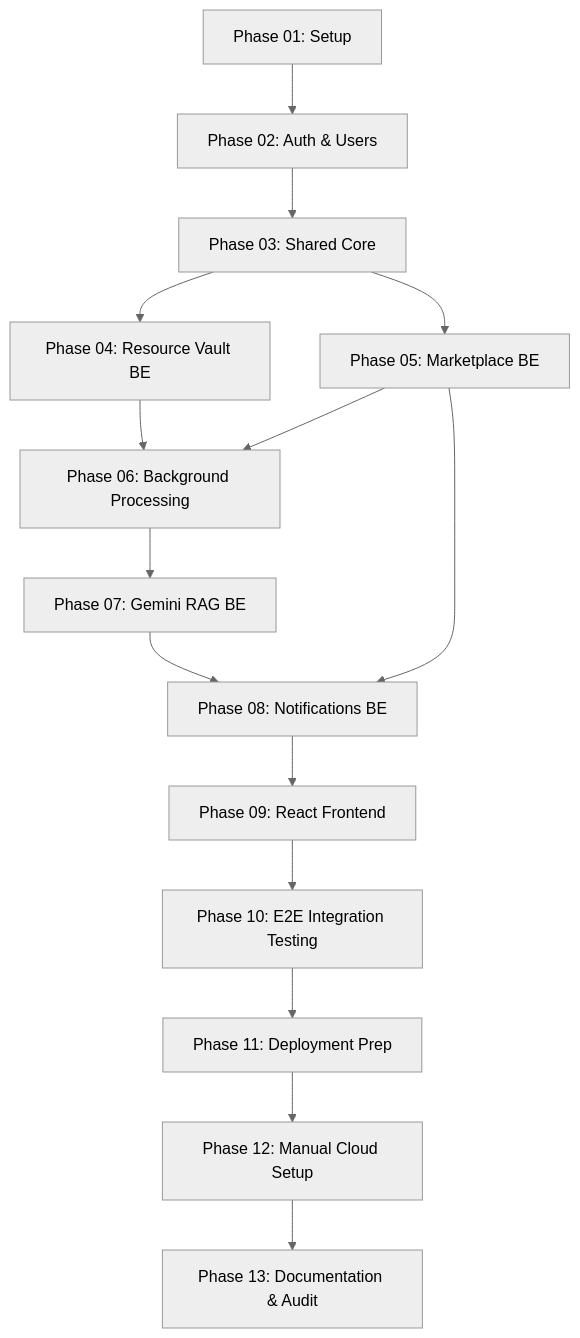
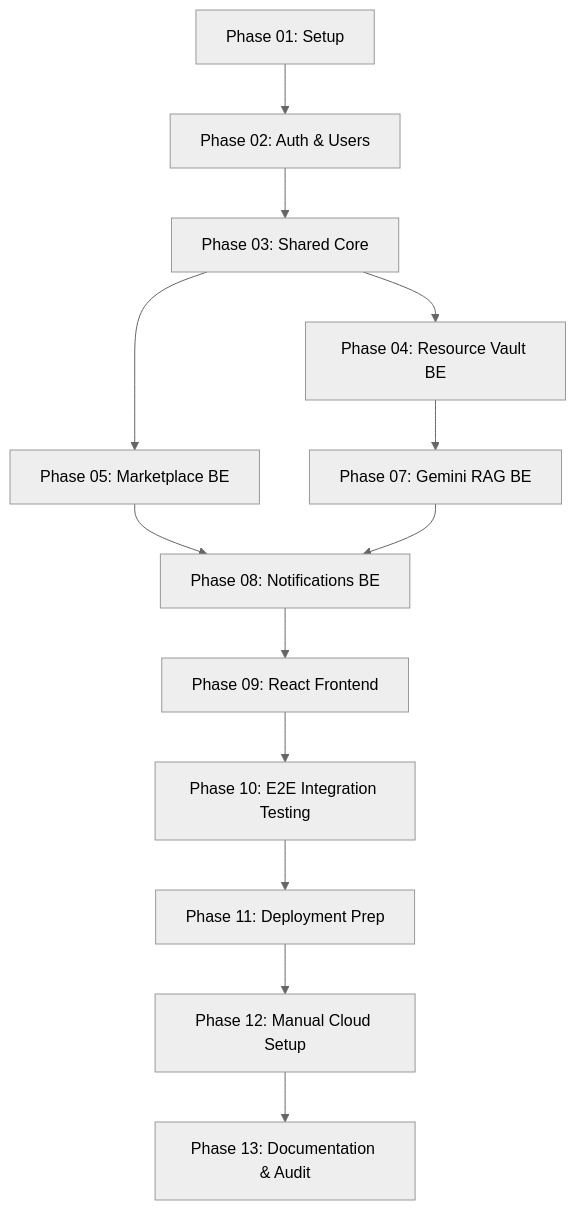
Before and after one commit to vaibhv19/StudyLink: the first of 2 diagrams in Docs/roadmap/Roadmap_Index.md, drawn with Mermaid (neutral theme). The commit also changed other lines of this file and 21 other files, not shown here.

Commit message:
feat(scope): align v1 scope across docs, roadmap, and frontend UI (JWT-only auth, synchronous ingestion, default URLs)

````diff
--- a/Docs/roadmap/Roadmap_Index.md
+++ b/Docs/roadmap/Roadmap_Index.md
@@ -34,17 +34,15 @@
 ```mermaid
 graph TD
     P01[Phase 01: Setup] --> P02[Phase 02: Auth & Users]
     P02 --> P03[Phase 03: Shared Core]
     P03 --> P04[Phase 04: Resource Vault BE]
     P03 --> P05[Phase 05: Marketplace BE]
-    P04 --> P06[Phase 06: Background Processing]
-    P05 --> P06
-    P06 --> P07[Phase 07: Gemini RAG BE]
-    P07 --> P08[Phase 08: Notifications BE]
-    P05 --> P08
+    P04 --> P07[Phase 07: Gemini RAG BE]
+    P05 --> P08[Phase 08: Notifications BE]
+    P07 --> P08
     P08 --> P09[Phase 09: React Frontend]
     P09 --> P10[Phase 10: E2E Integration Testing]
     P10 --> P11[Phase 11: Deployment Prep]
     P11 --> P12[Phase 12: Manual Cloud Setup]
     P12 --> P13[Phase 13: Documentation & Audit]
 ```
````
